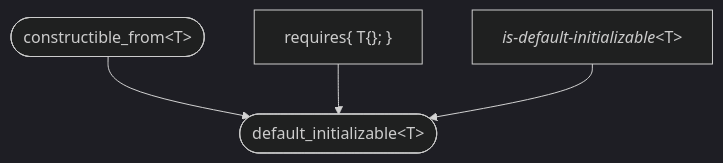
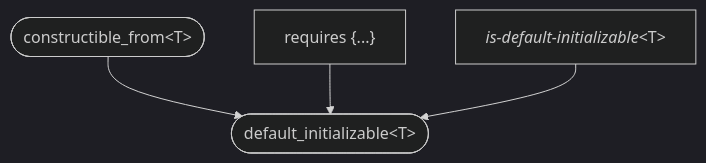
The ninth of 18 diagrams in README.md (yohhoy/cpp-concepts), drawn with Mermaid (dark theme) before and after one commit. The commit also changed other lines of this file, not shown here.

````diff
--- a/README.md
+++ b/README.md
@@ -105,7 +105,7 @@
 ```mermaid
 graph TD
     %% std::default_initializable<T>
     constructible_from(["constructible_from&lt;T&gt;"]) --> default_initializable(["default_initializable&lt;T&gt;"]);
-    AC1["requires{ T{}; }"] --> default_initializable;
+    AC1["requires {...}"] --> default_initializable;
     AC2["<i>is-default-initializable</i>&lt;T&gt;"] --> default_initializable;
 ```
````
